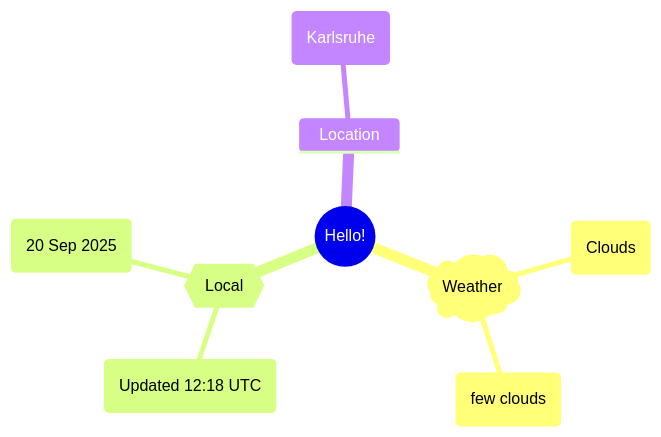
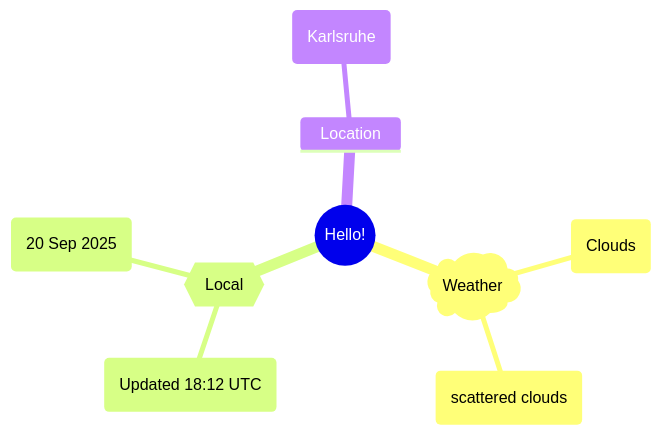
Before and after one commit to Xosrov/Xosrov: the first of 2 diagrams in README.md, drawn with Mermaid.

Commit message:
[bot] updated images

````diff
--- a/README.md
+++ b/README.md
@@ -3,12 +3,12 @@
 ```mermaid
 mindmap
   root((Hello!))
     )Weather(
         (Clouds)
-        (few clouds)
+        (scattered clouds)
     {{Local}}
-        (Updated 12:18 UTC)
+        (Updated 18:12 UTC)
         (20 Sep 2025)
     Location
         (Karlsruhe)
 ```
````
